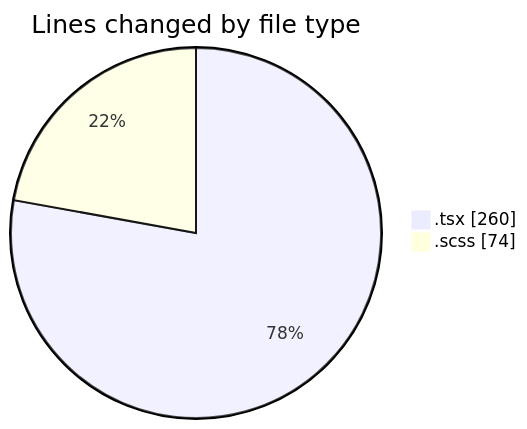
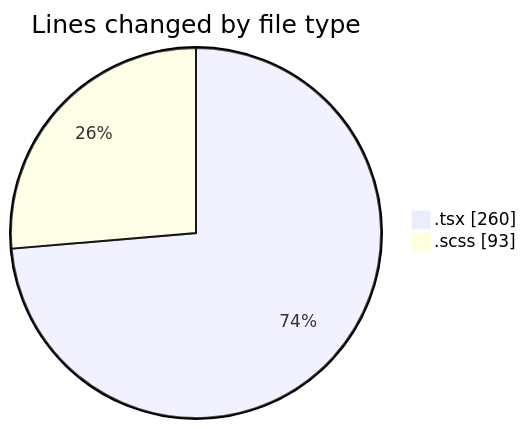
Before and after one commit to momahboobian/code-tracking: the first of 2 diagrams in 2026-04-10/cda/README.md, drawn with Mermaid. The commit also changed other lines of this file and 1 other file, not shown here.

````diff
--- a/2026-04-10/cda/README.md
+++ b/2026-04-10/cda/README.md
@@ -22,6 +22,6 @@
 ```mermaid
 pie showData
 title Lines changed by file type
 ".tsx" : 260
-".scss" : 74
+".scss" : 93
 ```
````
